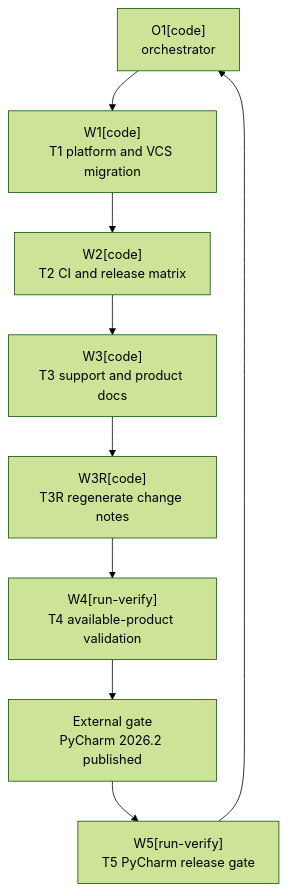
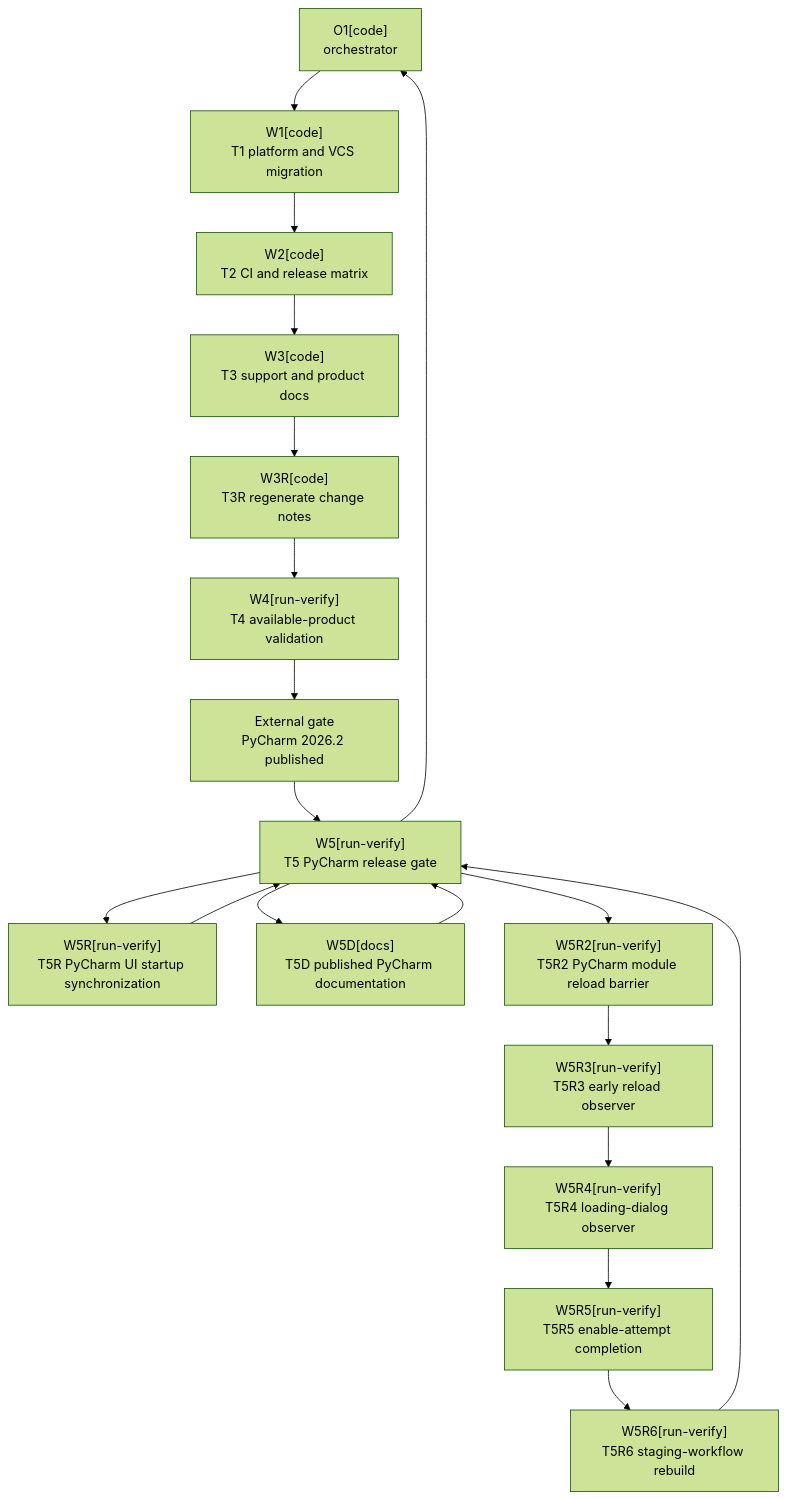
One commit to kamkie/intellij-ai-commit-all-plugin changed the diagram in .agents/plans/PLAN-intellij-2026-2-sdk-upgrade.md. Above: the diagram before and after it, drawn with Mermaid (forest theme). The commit also changed other lines of this file and 1 other file, not shown here.

First line of the commit message:
docs(plan): reconcile PyCharm workflow remediation

````diff
--- a/.agents/plans/PLAN-intellij-2026-2-sdk-upgrade.md
+++ b/.agents/plans/PLAN-intellij-2026-2-sdk-upgrade.md
@@ -492,12 +1000,19 @@
 ```mermaid
 flowchart TD
     O1["O1[code]<br/>orchestrator"]
     W1["W1[code]<br/>T1 platform and VCS migration"]
     W2["W2[code]<br/>T2 CI and release matrix"]
     W3["W3[code]<br/>T3 support and product docs"]
     W3R["W3R[code]<br/>T3R regenerate change notes"]
     W4["W4[run-verify]<br/>T4 available-product validation"]
     G1["External gate<br/>PyCharm 2026.2 published"]
     W5["W5[run-verify]<br/>T5 PyCharm release gate"]
-    O1 --> W1 --> W2 --> W3 --> W3R --> W4 --> G1 --> W5 --> O1
+    W5R["W5R[run-verify]<br/>T5R PyCharm UI startup synchronization"]
+    W5D["W5D[docs]<br/>T5D published PyCharm documentation"]
+    W5R2["W5R2[run-verify]<br/>T5R2 PyCharm module reload barrier"]
+    W5R3["W5R3[run-verify]<br/>T5R3 early reload observer"]
+    W5R4["W5R4[run-verify]<br/>T5R4 loading-dialog observer"]
+    W5R5["W5R5[run-verify]<br/>T5R5 enable-attempt completion"]
+    W5R6["W5R6[run-verify]<br/>T5R6 staging-workflow rebuild"]
+    O1 --> W1 --> W2 --> W3 --> W3R --> W4 --> G1 --> W5 --> W5R --> W5 --> W5D --> W5 --> W5R2 --> W5R3 --> W5R4 --> W5R5 --> W5R6 --> W5 --> O1
 ```
````
